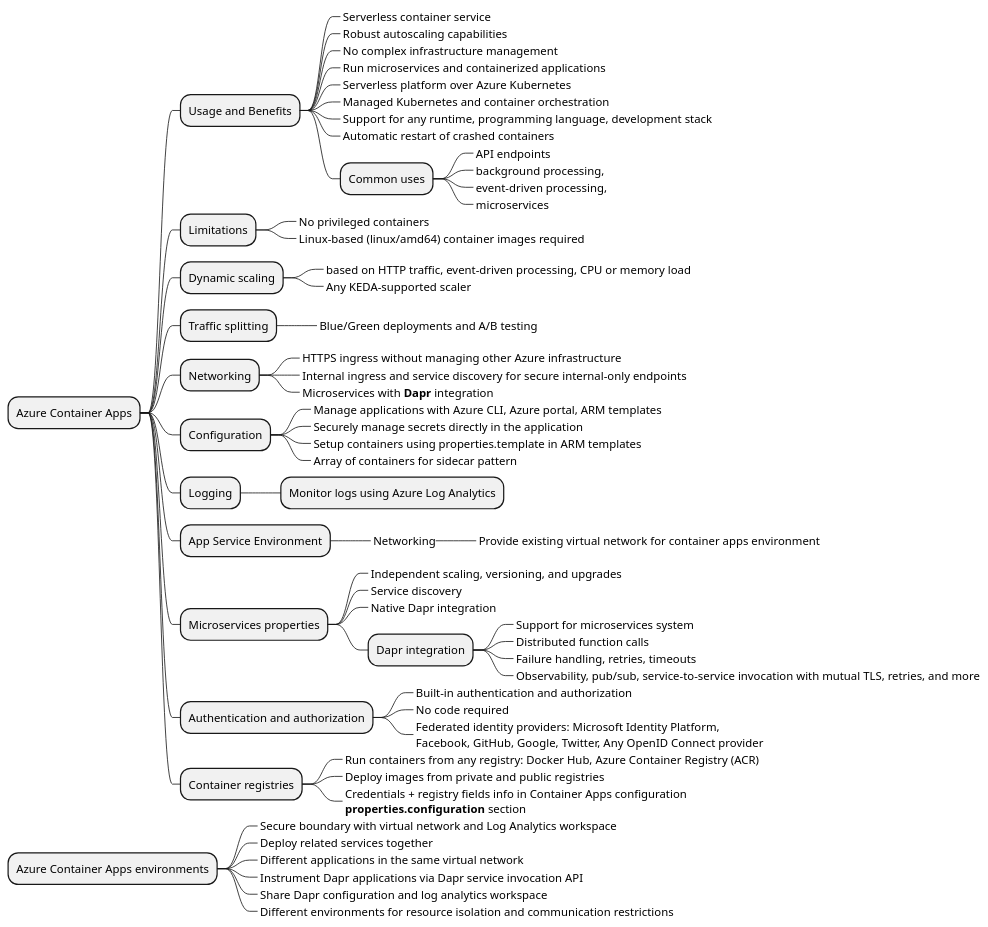
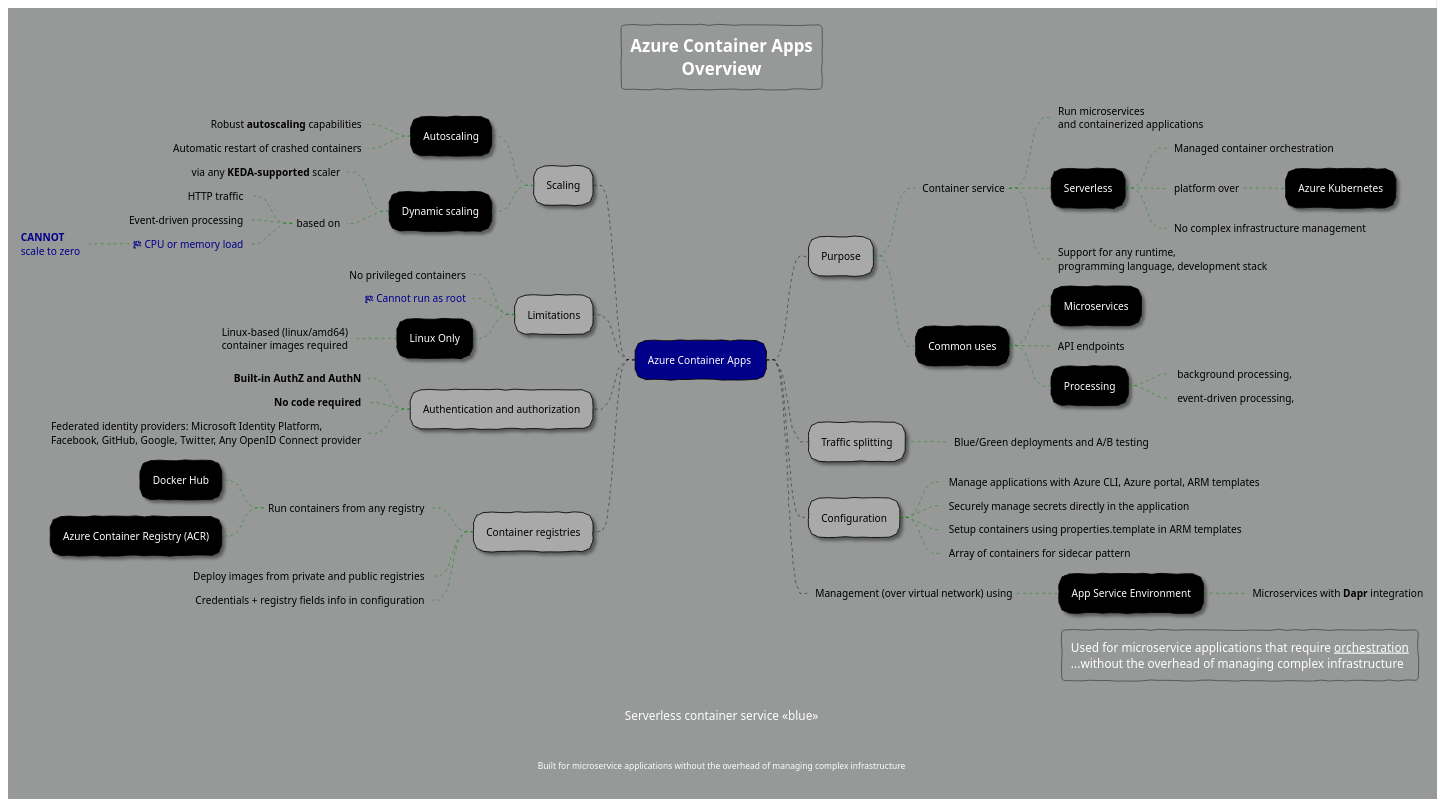
Before and after one commit to rob-bl8ke/Az204-Containerization: the diagram in Notes/Diagrams/ContainerApps/container-apps-overview.plantuml, drawn with PlantUML. The commit also changed 3 other files, not shown here.

Commit message:
Diagrams improved for container apps

```diff
--- a/Notes/Diagrams/ContainerApps/container-apps-overview.plantuml
+++ b/Notes/Diagrams/ContainerApps/container-apps-overview.plantuml
@@ -1,82 +1,132 @@
-@startmindmap
-skinparam backgroundColor #FFFFFF
+@startmindmap "Azure Container Apps"
 
-* Azure Container Apps
-** Usage and Benefits
-***_ Serverless container service
-***_ Robust autoscaling capabilities
-***_ No complex infrastructure management
-***_ Run microservices and containerized applications
-***_ Serverless platform over Azure Kubernetes
-***_ Managed Kubernetes and container orchestration
-***_ Support for any runtime, programming language, development stack
+title Azure Container Apps\nOverview
 
-***_ Automatic restart of crashed containers
+' Available themes: https://plantuml.com/theme
+!theme sketchy
 
-*** Common uses
-****_ API endpoints
-****_ background processing, 
-****_ event-driven processing, 
-****_ microservices
+' skinparam backgroundColor #e8edec
+skinparam backgroundColor #969998
 
-** Limitations
-***_ No privileged containers
-***_ Linux-based (linux/amd64) container images required
+<style>
+    mindMapDiagram {
+        .root {
+            BackgroundColor darkblue
+            LineColor black
+            FontColor white
+        }
 
-** Dynamic scaling
-***_ based on HTTP traffic, event-driven processing, CPU or memory load
-***_ Any KEDA-supported scaler
+        .blue {
+            FontColor darkblue
+        }
 
-** Traffic splitting
-***_ Blue/Green deployments and A/B testing
+        node {
+            FontColor white
+            LineColor black
+            BackgroundColor black
+            Shadowing 2.0
+            RoundCorner 25
+        }
+        :depth(0) {
+            FontColor black
+            LineColor white
+            BackgroundColor white
+            Shadowing 0.0
+        }
+        :depth(1) {
+            FontColor black
+            BackgroundColor darkgrey
+            Shadowing 2.0
+        }
 
-** Networking
-***_ HTTPS ingress without managing other Azure infrastructure
-***_ Internal ingress and service discovery for secure internal-only endpoints
-***_ Microservices with **Dapr** integration
+        arrow {
+            LineStyle 4
+            LineThickness 0.5
+            LineColor green
+        }
 
-** Configuration
-***_ Manage applications with Azure CLI, Azure portal, ARM templates
-***_ Securely manage secrets directly in the application
-***_ Setup containers using properties.template in ARM templates
-***_ Array of containers for sidecar pattern
+        boxless {
+            FontColor black
+            Margin 10
+            Padding 10
+            MaximumWidth 400
+        }
+    }
+</style>
 
-** Logging
-*** Monitor logs using Azure Log Analytics
+caption Serverless container service <<blue>>
+footer Built for microservice applications without the overhead of managing complex infrastructure
+
+legend right
+Used for microservice applications that require __orchestration__
+...without the overhead of managing complex infrastructure
+endlegend
+
++ Azure Container Apps <<root>>
+++ Purpose
++++_ Container service
+++++_ Run microservices\nand containerized applications
+++++ Serverless
++++++_ Managed container orchestration
++++++_ platform over
+++++++ Azure Kubernetes
++++++_ No complex infrastructure management
+
+-- Scaling
+--- Autoscaling
+----_ Robust **autoscaling** capabilities
+----_ Automatic restart of crashed containers
 
 
-** App Service Environment
-***_ Networking
-****_ Provide existing virtual network for container apps environment
+--- Dynamic scaling
+----_  via any **KEDA-supported** scaler
+----_ based on
+-----_ HTTP traffic
+-----_ Event-driven processing
+-----_ <&flag> CPU or memory load <<blue>>
+------_ **CANNOT**\nscale to zero <<blue>>
+
+++++_ Support for any runtime,\nprogramming language, development stack
++++ Common uses
+++++ Microservices
+++++_ API endpoints
+++++ Processing
++++++_ background processing, 
++++++_ event-driven processing, 
+
+-- Limitations
+---_ No privileged containers
+---_ <&flag> Cannot run as root <<blue>>
+--- Linux Only
+----_ Linux-based (linux/amd64)\ncontainer images required
 
 
-** Microservices properties
-***_ Independent scaling, versioning, and upgrades
-***_ Service discovery
-***_ Native Dapr integration
-*** Dapr integration
-****_ Support for microservices system
-****_ Distributed function calls
-****_ Failure handling, retries, timeouts
-****_ Observability, pub/sub, service-to-service invocation with mutual TLS, retries, and more
-
-** Authentication and authorization
-***_ Built-in authentication and authorization
-***_ No code required
-***_ Federated identity providers: Microsoft Identity Platform,\nFacebook, GitHub, Google, Twitter, Any OpenID Connect provider
-
-** Container registries
-***_ Run containers from any registry: Docker Hub, Azure Container Registry (ACR)
-***_ Deploy images from private and public registries
-***_ Credentials + registry fields info in Container Apps configuration\n**properties.configuration** section
-
-* Azure Container Apps environments
-**_ Secure boundary with virtual network and Log Analytics workspace
-**_ Deploy related services together
-**_ Different applications in the same virtual network
-**_ Instrument Dapr applications via Dapr service invocation API
-**_ Share Dapr configuration and log analytics workspace
-**_ Different environments for resource isolation and communication restrictions
 
 
+++ Traffic splitting
++++_ Blue/Green deployments and A/B testing
+
+
+++ Configuration
++++_ Manage applications with Azure CLI, Azure portal, ARM templates
++++_ Securely manage secrets directly in the application
++++_ Setup containers using properties.template in ARM templates
++++_ Array of containers for sidecar pattern
+
+++_ Management (over virtual network) using
++++ App Service Environment
+++++_ Microservices with **Dapr** integration
+
+-- Authentication and authorization
+---_ **Built-in AuthZ and AuthN**
+---_ **No code required**
+---_ Federated identity providers: Microsoft Identity Platform,\nFacebook, GitHub, Google, Twitter, Any OpenID Connect provider
+
+-- Container registries
+---_ Run containers from any registry
+---- Docker Hub
+---- Azure Container Registry (ACR)
+---_ Deploy images from private and public registries
+---_ Credentials + registry fields info in configuration
+
 @endmindmap
```
